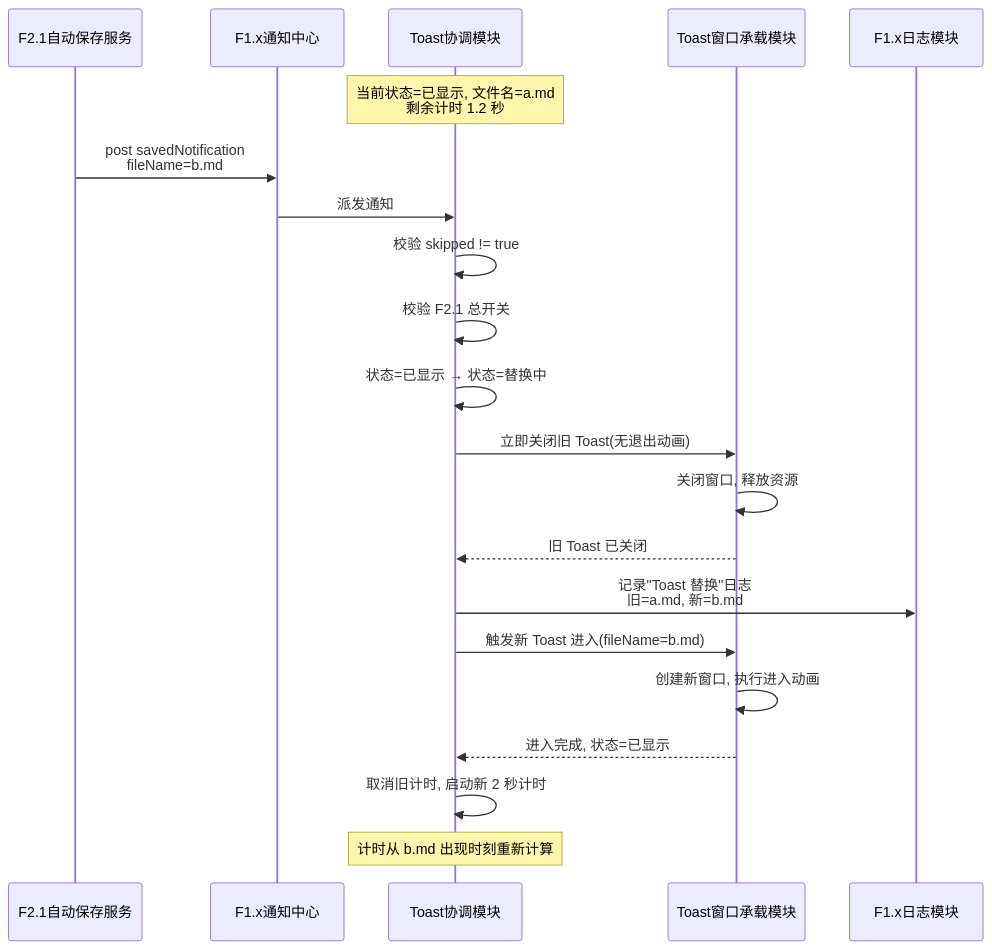
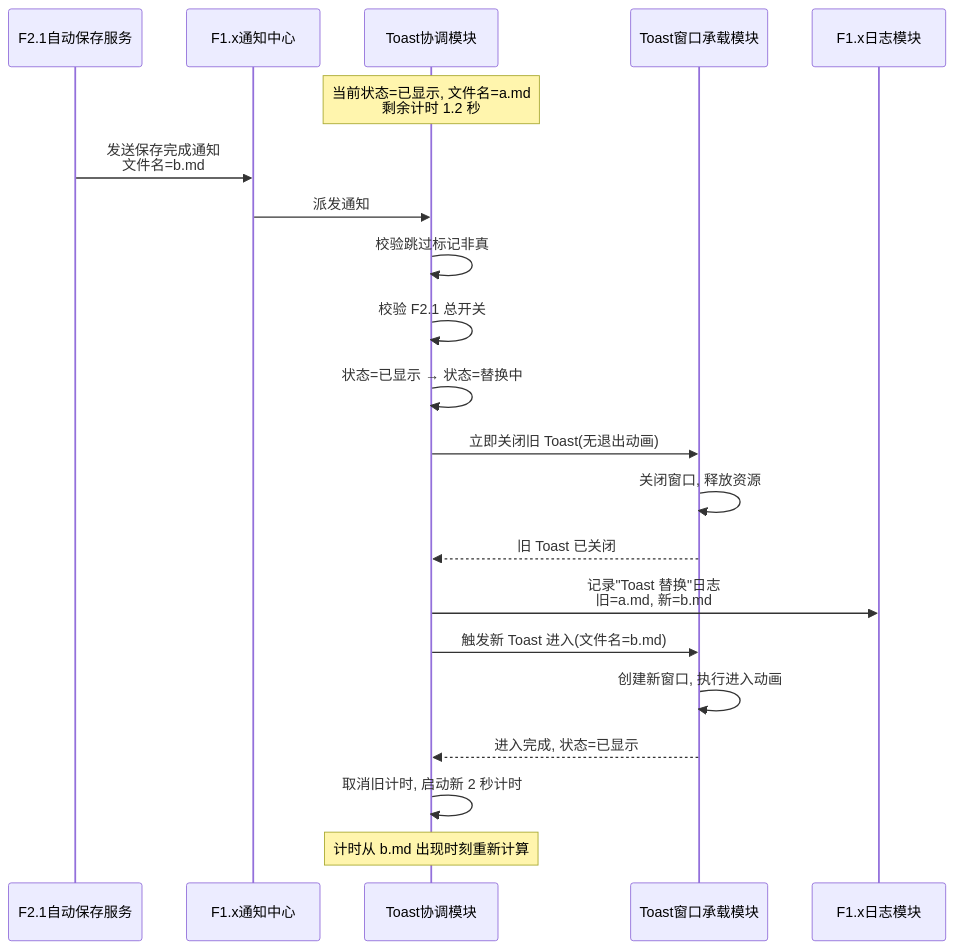
The third of 5 diagrams in docs/planning/P1/F2.1/F2.1.1_保存成功Toast_设计文档.md (marcocpt/ClipMind), drawn with Mermaid before and after one commit. The commit also changed other lines of this file, not shown here.

````diff
--- a/docs/planning/P1/F2.1/F2.1.1_保存成功Toast_设计文档.md
+++ b/docs/planning/P1/F2.1/F2.1.1_保存成功Toast_设计文档.md
@@ -201,27 +203,27 @@
 ```mermaid
 sequenceDiagram
     participant AS as F2.1自动保存服务
     participant NC as F1.x通知中心
     participant TM as Toast协调模块
     participant TW as Toast窗口承载模块
     participant L as F1.x日志模块
 
     Note over TM: 当前状态=已显示, 文件名=a.md<br/>剩余计时 1.2 秒
-    AS->>NC: post savedNotification<br/>fileName=b.md
+    AS->>NC: 发送保存完成通知<br/>文件名=b.md
     NC->>TM: 派发通知
 
-    TM->>TM: 校验 skipped != true
+    TM->>TM: 校验跳过标记非真
     TM->>TM: 校验 F2.1 总开关
     TM->>TM: 状态=已显示 → 状态=替换中
     TM->>TW: 立即关闭旧 Toast(无退出动画)
     TW->>TW: 关闭窗口, 释放资源
     TW-->>TM: 旧 Toast 已关闭
     TM->>L: 记录"Toast 替换"日志<br/>旧=a.md, 新=b.md
 
-    TM->>TW: 触发新 Toast 进入(fileName=b.md)
+    TM->>TW: 触发新 Toast 进入(文件名=b.md)
     TW->>TW: 创建新窗口, 执行进入动画
     TW-->>TM: 进入完成, 状态=已显示
 
     TM->>TM: 取消旧计时, 启动新 2 秒计时
     Note over TM: 计时从 b.md 出现时刻重新计算
 ```
````
